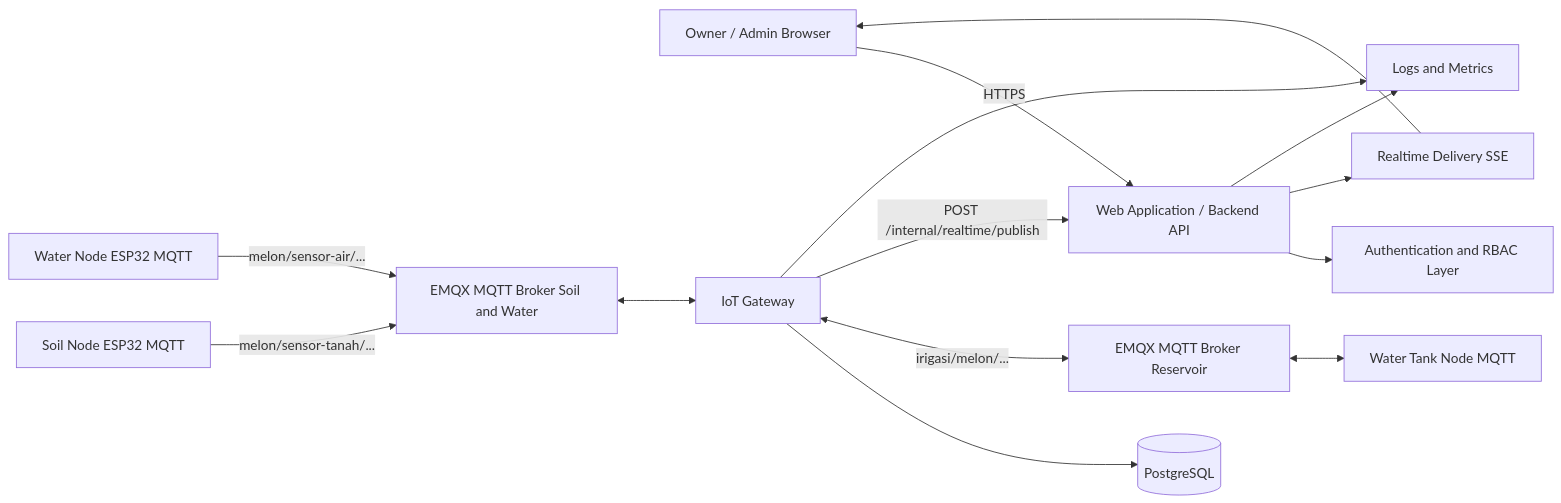
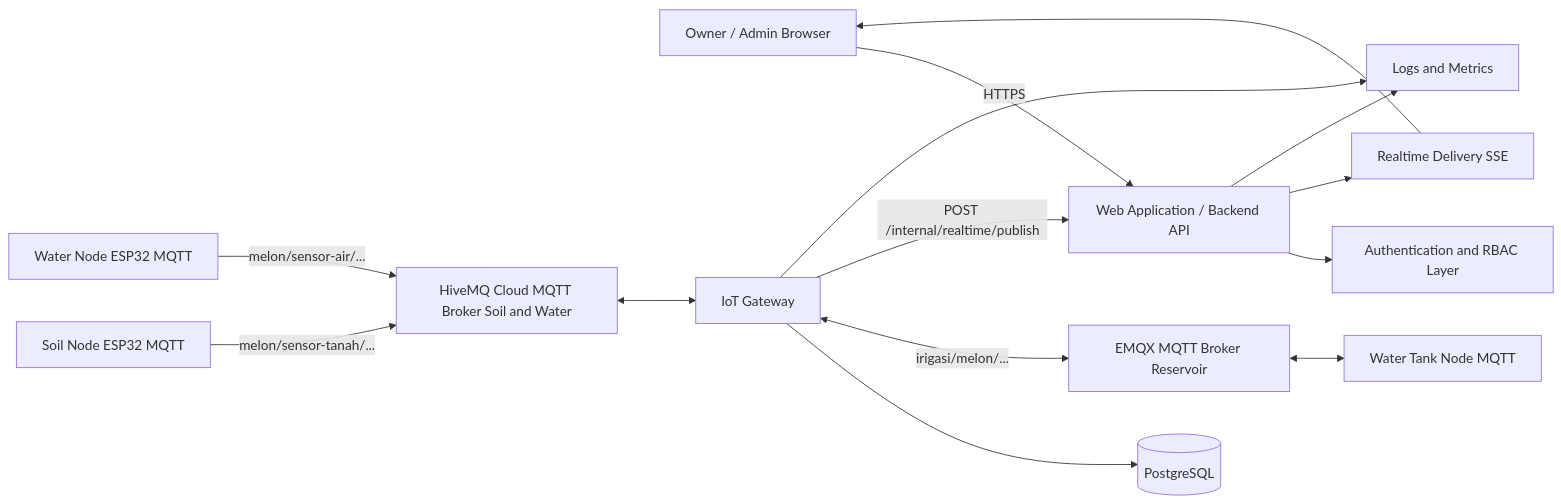
The first of 5 diagrams in docs/ARCHITECTURE.md (Hugo141132/Melon), drawn with Mermaid before and after one commit. The commit also changed other lines of this file and 28 other files, not shown here.

````diff
--- a/docs/ARCHITECTURE.md
+++ b/docs/ARCHITECTURE.md
@@ -114,29 +114,29 @@
 ```mermaid
 flowchart LR
     U[Owner / Admin Browser]
     W[Web Application / Backend API]
     A[Authentication and RBAC Layer]
     R[Realtime Delivery SSE]
     G[IoT Gateway]
     M_Res[EMQX MQTT Broker Reservoir]
-    M_SW[EMQX MQTT Broker Soil and Water]
+    M_SW[HiveMQ Cloud MQTT Broker Soil and Water]
     D_Soil[Soil Node ESP32 MQTT]
     D_Water[Water Node ESP32 MQTT]
     D_Res[Water Tank Node MQTT]
     DB[(PostgreSQL)]
     O[Logs and Metrics]
 
     U -->|HTTPS| W
     W --> A
     D_Soil -->|melon/sensor-tanah/...| M_SW
     D_Water -->|melon/sensor-air/...| M_SW
     M_SW <--> G
     G --> DB
     G <-->|irigasi/melon/...| M_Res
     M_Res <--> D_Res
     G -->|POST /internal/realtime/publish| W
     W --> R
     R --> U
     W --> O
     G --> O
 ```
````
